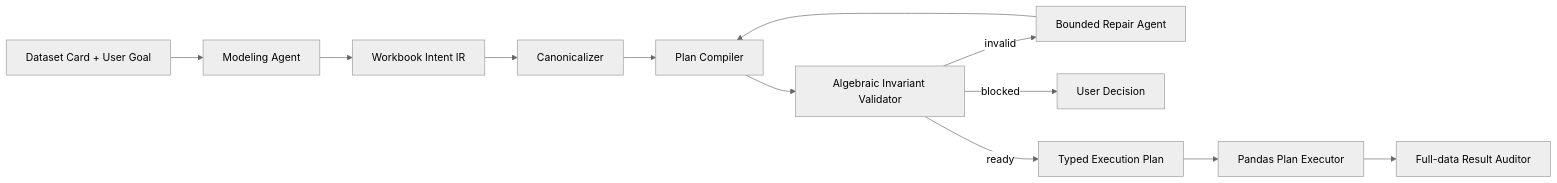
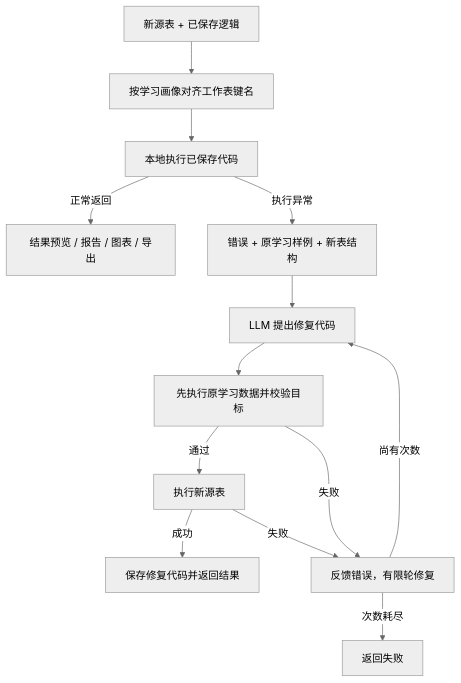
One commit to lkk4786583737-dotcom/SwiftGrid changed the second of 2 diagrams in docs/ARCHITECTURE_zh.md. Above: the diagram before and after it, drawn with Mermaid (neutral theme). The commit also changed other lines of this file and 30 other files, not shown here.

````diff
--- a/docs/ARCHITECTURE_zh.md
+++ b/docs/ARCHITECTURE_zh.md
@@ -164,14 +67,15 @@
 ```mermaid
-flowchart LR
-    C[Dataset Card + User Goal] --> A[Modeling Agent]
-    A --> IR[Workbook Intent IR]
-    IR --> CAN[Canonicalizer]
-    CAN --> COMP[Plan Compiler]
-    COMP --> VAL[Algebraic Invariant Validator]
-    VAL -->|invalid| REPAIR[Bounded Repair Agent]
-    REPAIR --> COMP
-    VAL -->|blocked| HITL[User Decision]
-    VAL -->|ready| PLAN[Typed Execution Plan]
-    PLAN --> EXEC[Pandas Plan Executor]
-    EXEC --> AUDIT[Full-data Result Auditor]
+flowchart TD
+    A[新源表 + 已保存逻辑] --> B[按学习画像对齐工作表键名]
+    B --> C[本地执行已保存代码]
+    C -->|正常返回| D[结果预览 / 报告 / 图表 / 导出]
+    C -->|执行异常| E[错误 + 原学习样例 + 新表结构]
+    E --> F[LLM 提出修复代码]
+    F --> G[先执行原学习数据并校验目标]
+    G -->|通过| H[执行新源表]
+    H -->|成功| I[保存修复代码并返回结果]
+    H -->|失败| J[反馈错误，有限轮修复]
+    G -->|失败| J
+    J -->|尚有次数| F
+    J -->|次数耗尽| K[返回失败]
 ```
````
